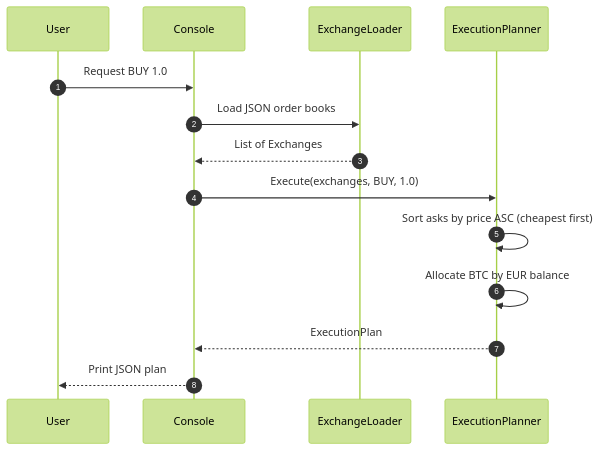
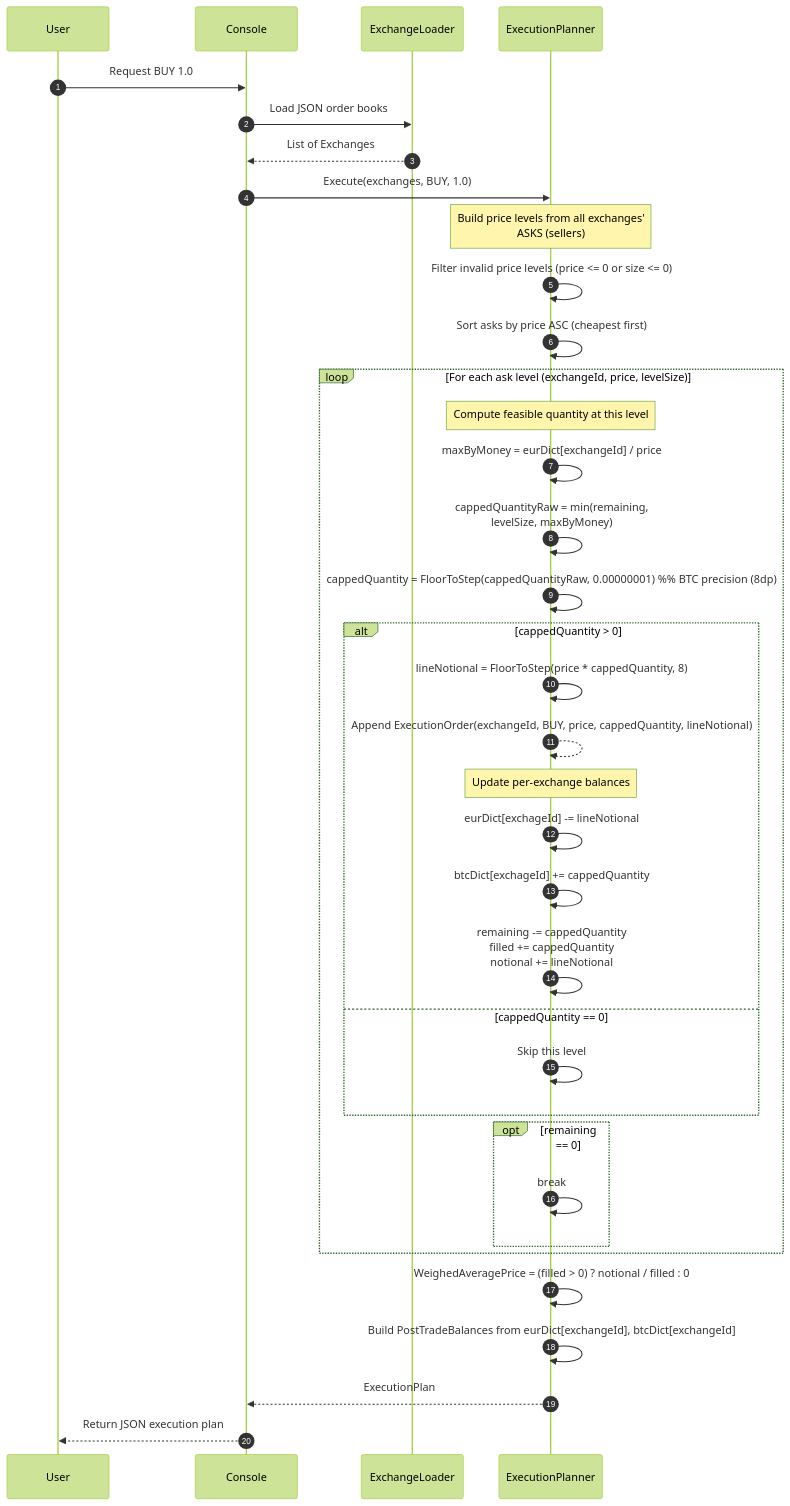
One commit to handyana-adesso/MetaExchanges changed the second of 4 diagrams in README.md. Above: the diagram before and after it, drawn with Mermaid (forest theme). The commit also changed other lines of this file, not shown here.

Commit message:
adjust sequence diagrams

````diff
--- a/README.md
+++ b/README.md
@@ -112,17 +112,44 @@
 	```mermaid
 	sequenceDiagram
 		autonumber
 		participant User
-		participant CLI as Console
+		participant Client as Console
 		participant Loader as ExchangeLoader
 		participant Planner as ExecutionPlanner
  
-		User->>CLI: Request BUY 1.0
-		CLI->>Loader: Load JSON order books
-		Loader-->>CLI: List of Exchanges
-		CLI->>Planner: Execute(exchanges, BUY, 1.0)
+		User->>Client: Request BUY 1.0
+		Client->>Loader: Load JSON order books
+		Loader-->>Client: List of Exchanges
+		Client->>Planner: Execute(exchanges, BUY, 1.0)
+
+		Note over Planner: Build price levels from all exchanges' <br/>ASKS (sellers)
+		Planner->>Planner: Filter invalid price levels (price <= 0 or size <= 0)
 		Planner->>Planner: Sort asks by price ASC (cheapest first)
-		Planner->>Planner: Allocate BTC by EUR balance
-		Planner-->>CLI: ExecutionPlan
-		CLI-->>User: Print JSON plan
+ 
+		loop For each ask level (exchangeId, price, levelSize)
+			Note over Planner: Compute feasible quantity at this level
+			Planner->>Planner: maxByMoney = eurDict[exchangeId] / price
+			Planner->>Planner: cappedQuantityRaw = min(remaining, <br/>levelSize, maxByMoney)
+			Planner->>Planner: cappedQuantity = FloorToStep(cappedQuantityRaw, 0.00000001) %% BTC precision (8dp)
+ 
+			alt cappedQuantity > 0
+				Planner->>Planner: lineNotional = FloorToStep(price * cappedQuantity, 8)
+				Planner-->>Planner: Append ExecutionOrder(exchangeId, BUY, price, cappedQuantity, lineNotional)
+				Note over Planner: Update per-exchange balances
+				Planner->>Planner: eurDict[exchageId] -= lineNotional
+				Planner->>Planner: btcDict[exchageId] += cappedQuantity
+				Planner->>Planner: remaining -= cappedQuantity<br/>filled += cappedQuantity<br/>notional += lineNotional
+			else cappedQuantity == 0
+				Planner->>Planner: Skip this level
+			end
+ 
+			opt remaining == 0
+				Planner->>Planner: break
+			end
+		end
+
+		Planner->>Planner: WeighedAveragePrice = (filled > 0) ? notional / filled : 0
+		Planner->>Planner: Build PostTradeBalances from eurDict[exchangeId], btcDict[exchangeId]
+		Planner-->>Client: ExecutionPlan
+		Client-->>User: Return JSON execution plan
 	```
````
